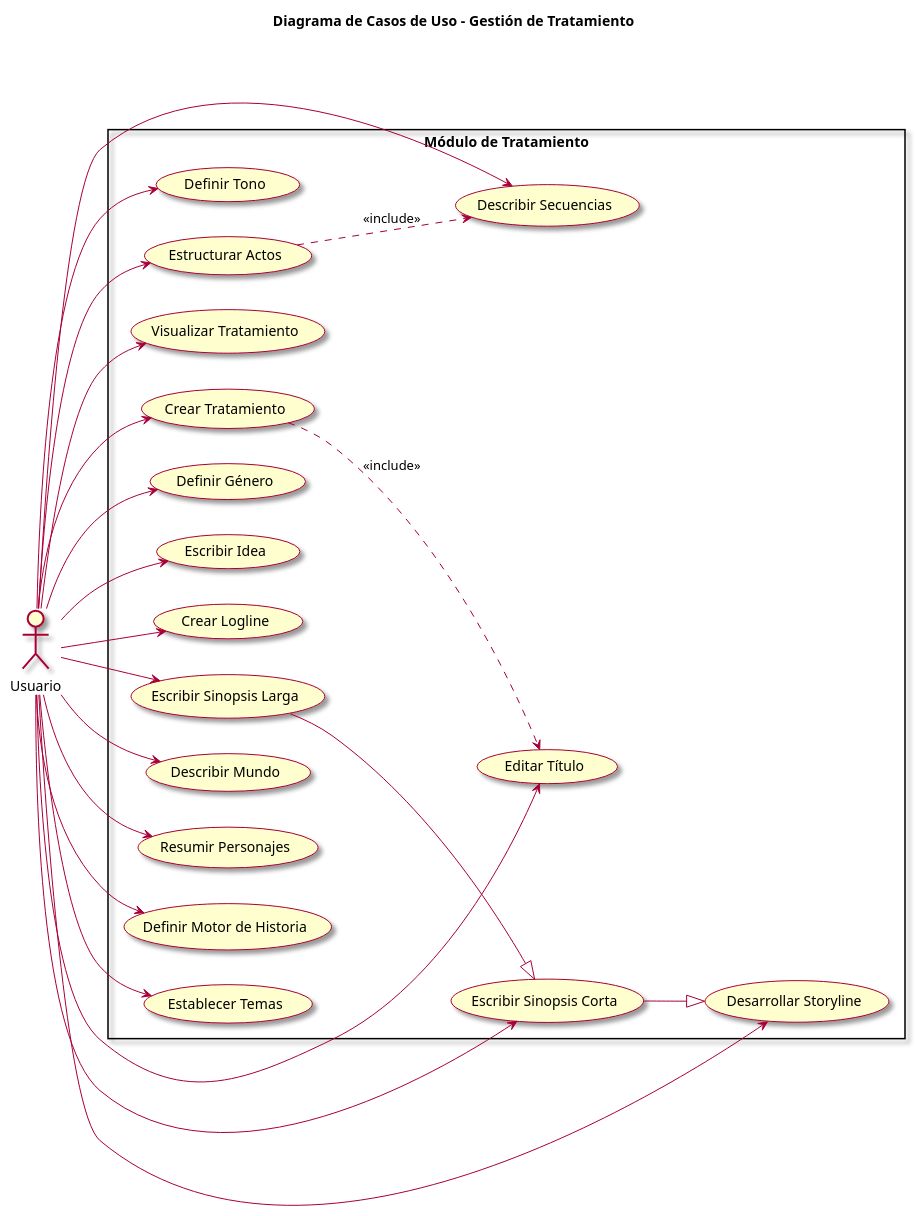
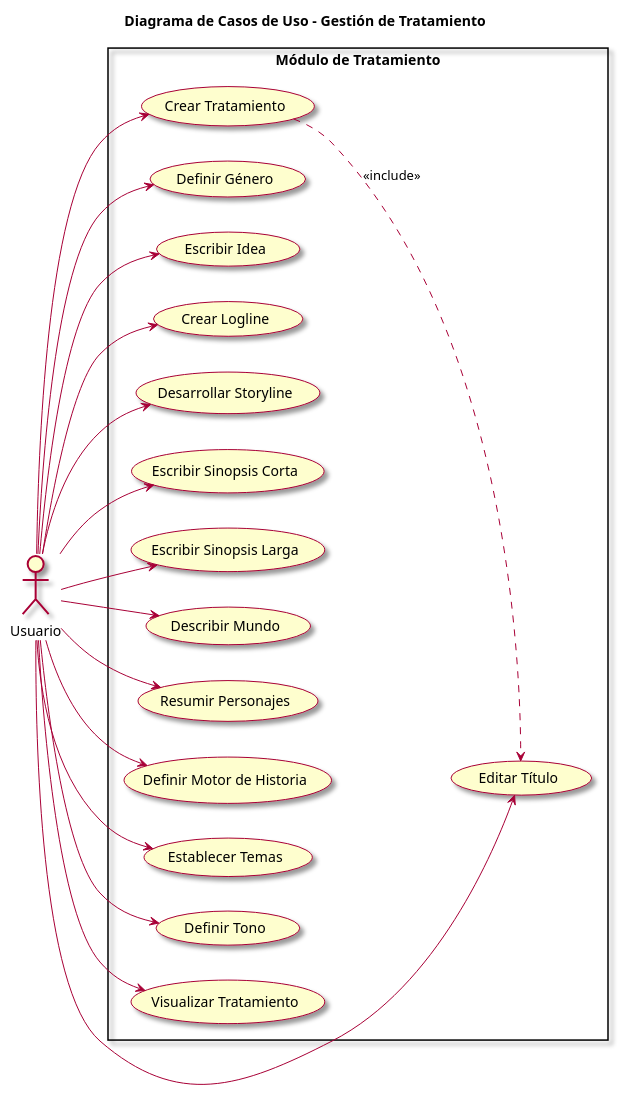
The diagram in DiagramasCasosDeUso/Tratamiento.plantuml (Dreamink-SNPP/AnalysisDesign), drawn with PlantUML before and after one commit.

Commit message:
Update Tratamiento.plantuml deleting unnecessary relationship
- Delete incorrect generalization.

```diff
--- a/DiagramasCasosDeUso/Tratamiento.plantuml
+++ b/DiagramasCasosDeUso/Tratamiento.plantuml
@@ -1,54 +1,45 @@
 @startuml Gestion_Tratamiento
 title Diagrama de Casos de Uso - Gestión de Tratamiento
 skin rose
 
 left to right direction
 skinparam packageStyle rectangle
 
 actor "Usuario" as User
 
 rectangle "Módulo de Tratamiento" {
     usecase "Crear Tratamiento" as UCT1
     usecase "Editar Título" as UCT2
     usecase "Definir Género" as UCT3
     usecase "Escribir Idea" as UCT4
     usecase "Crear Logline" as UCT5
     usecase "Desarrollar Storyline" as UCT6
     usecase "Escribir Sinopsis Corta" as UCT7
     usecase "Escribir Sinopsis Larga" as UCT8
     usecase "Describir Mundo" as UCT9
     usecase "Resumir Personajes" as UCT10
     usecase "Definir Motor de Historia" as UCT11
     usecase "Establecer Temas" as UCT12
     usecase "Definir Tono" as UCT13
-    usecase "Estructurar Actos" as UCT14
-    usecase "Describir Secuencias" as UCT15
     usecase "Visualizar Tratamiento" as UCT16
 }
 
 User --> UCT1
 User --> UCT2
 User --> UCT3
 User --> UCT4
 User --> UCT5
 User --> UCT6
 User --> UCT7
 User --> UCT8
 User --> UCT9
 User --> UCT10
 User --> UCT11
 User --> UCT12
 User --> UCT13
-User --> UCT14
-User --> UCT15
 User --> UCT16
 
 ' Include relationships
 UCT1 ..> UCT2 : <<include>>
-UCT14 ..> UCT15 : <<include>>
-
-' Generalization
-UCT7 --|> UCT6
-UCT8 --|> UCT7
 
 @enduml
```
